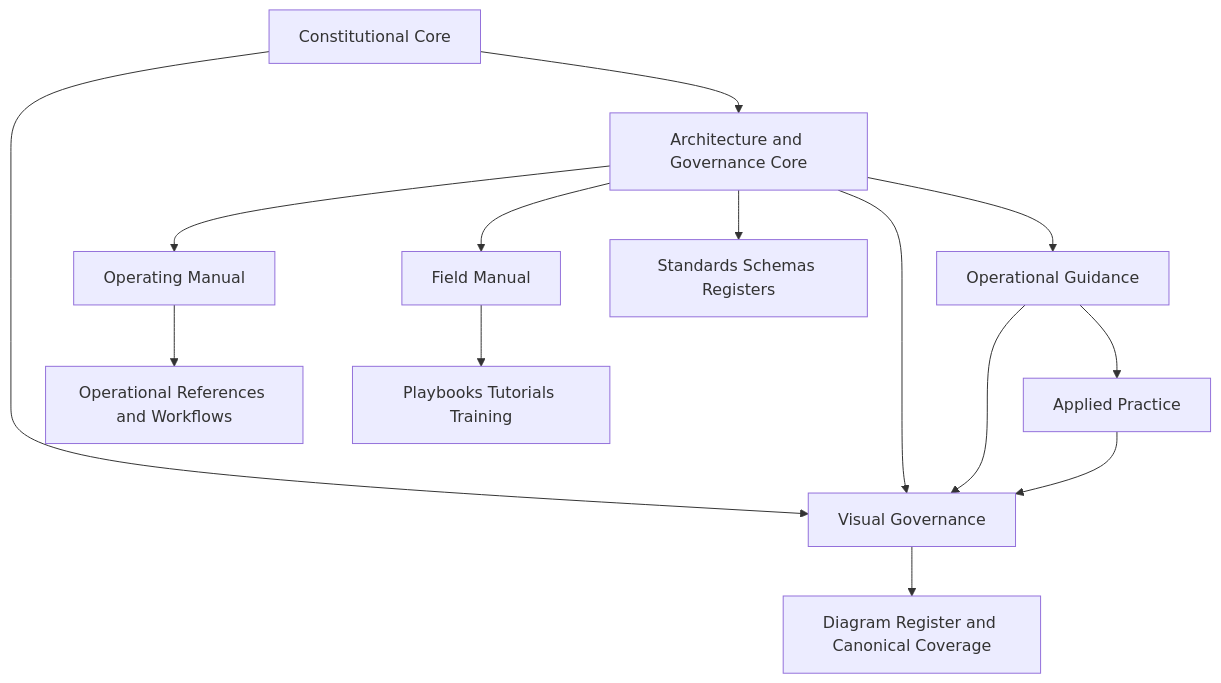
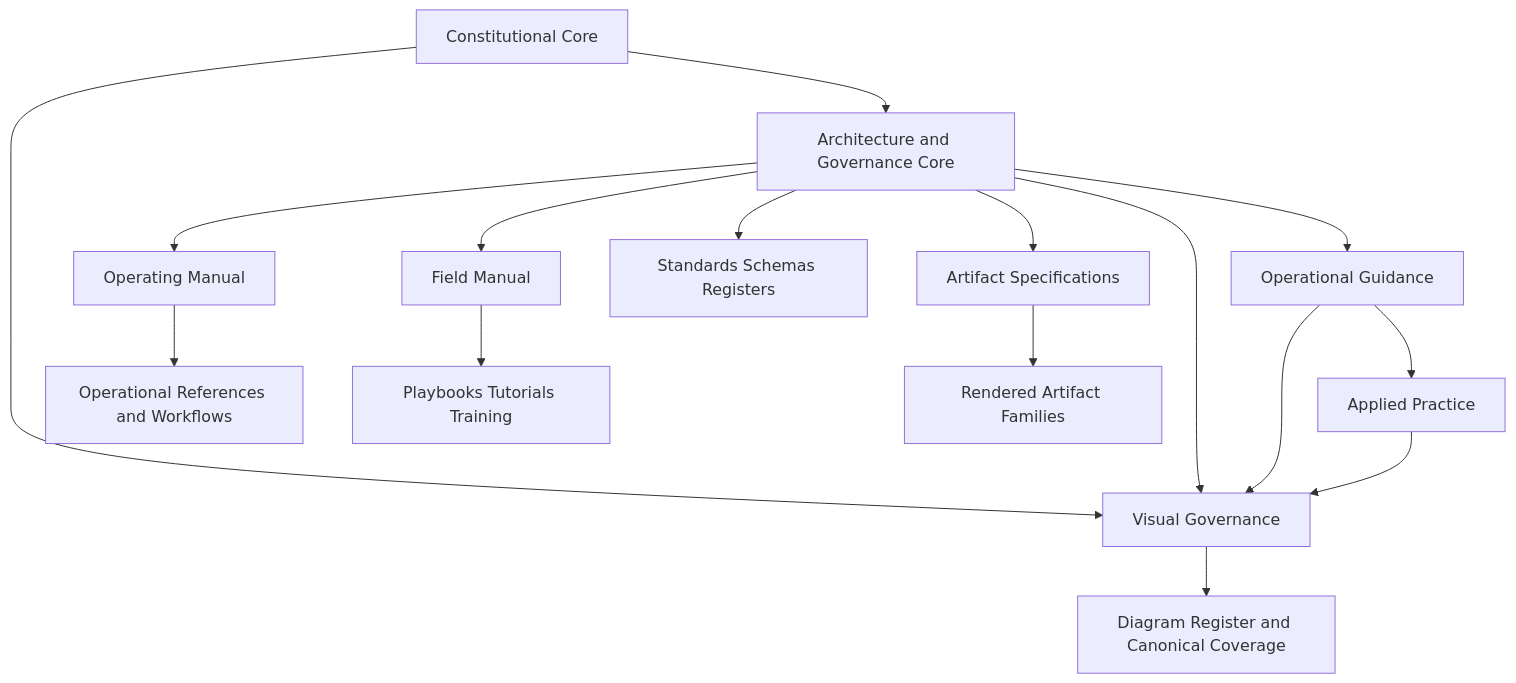
One commit to shawnfoster/AXI-Platform changed the diagram in Governance/Publications/Diagrams/DGM-004_Publication_Governance_Topology.md. Above: the diagram before and after it, drawn with Mermaid. The commit also changed other lines of this file and 25 other files, not shown here.

Commit message:
AI-043: publish M21 presentation architecture baseline

````diff
--- a/Governance/Publications/Diagrams/DGM-004_Publication_Governance_Topology.md
+++ b/Governance/Publications/Diagrams/DGM-004_Publication_Governance_Topology.md
@@ -28,20 +28,22 @@
 ```mermaid
 flowchart TD
     CC["Constitutional Core"] --> AG["Architecture and Governance Core"]
     AG --> OG["Operational Guidance"]
     OG --> AP["Applied Practice"]
 
     CC --> VG["Visual Governance"]
     AG --> VG
     OG --> VG
     AP --> VG
 
     AG --> OM["Operating Manual"]
     AG --> FM["Field Manual"]
     AG --> STD["Standards Schemas Registers"]
+    AG --> AS["Artifact Specifications"]
 
     OM --> REF["Operational References and Workflows"]
     FM --> PB["Playbooks Tutorials Training"]
+    AS --> RAF["Rendered Artifact Families"]
 
     VG --> DR["Diagram Register and Canonical Coverage"]
 ```
````
